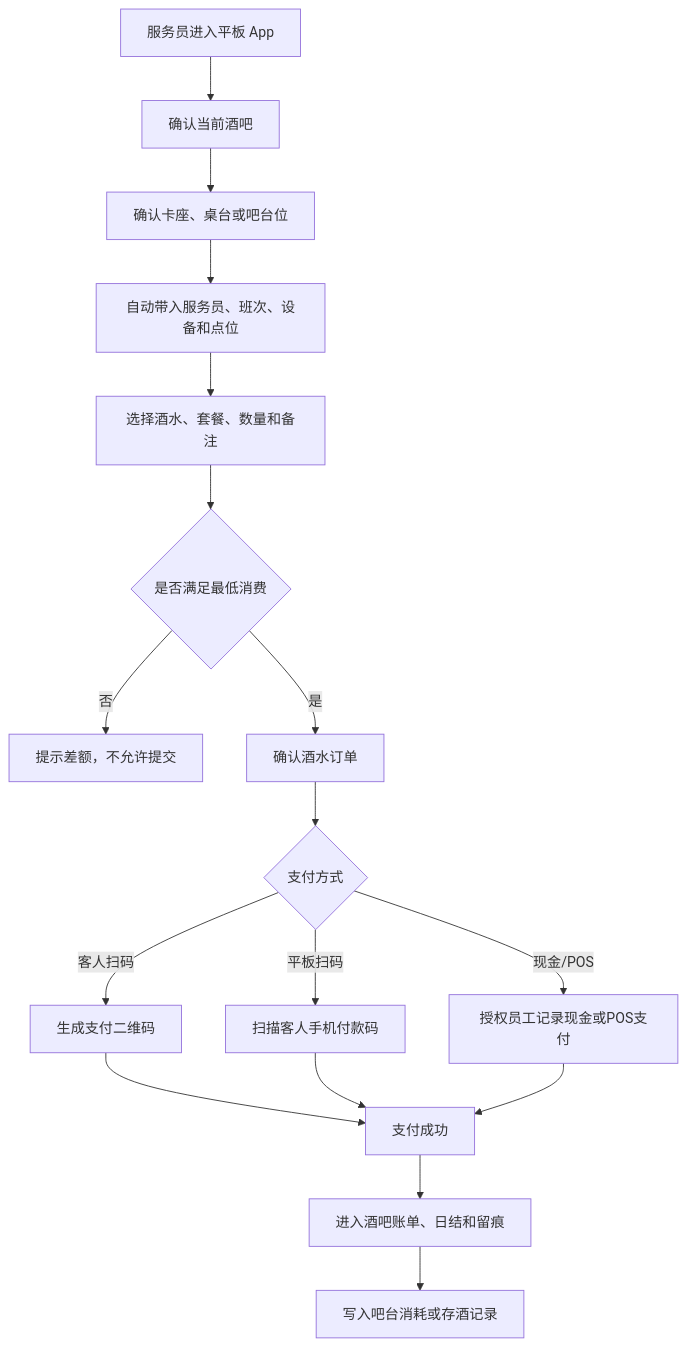
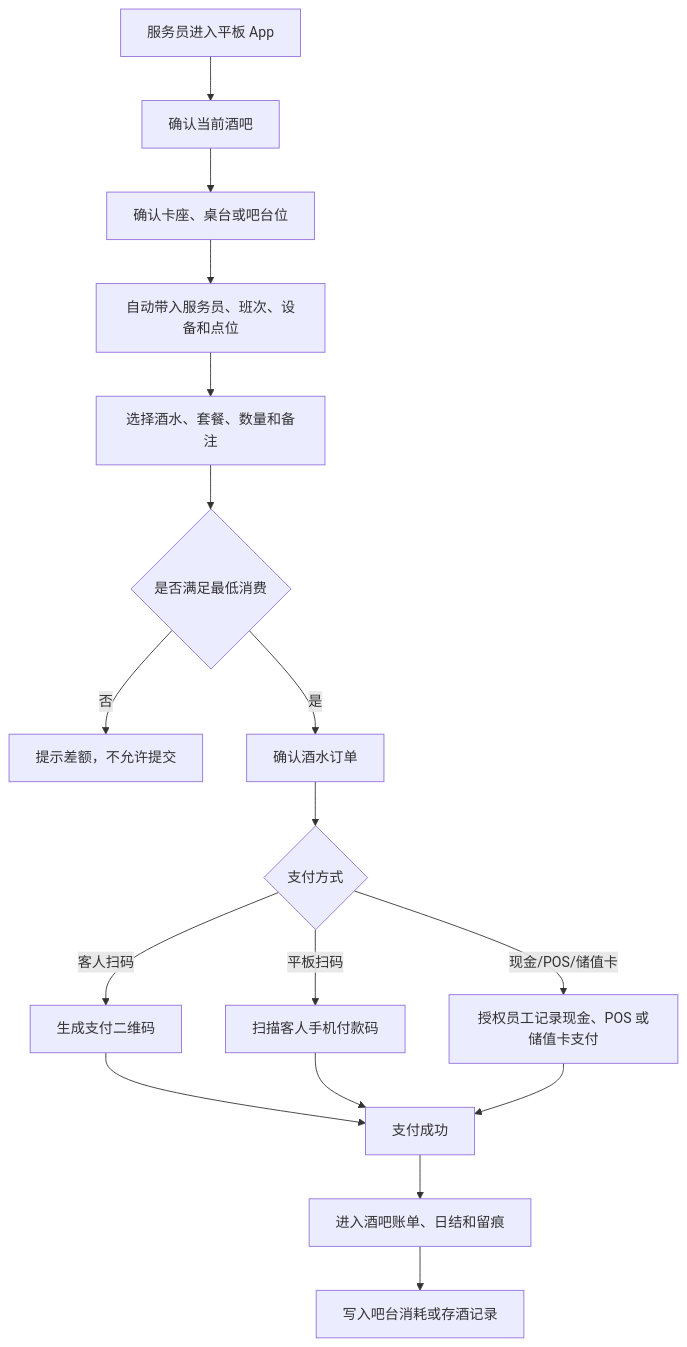
The fourth of 6 diagrams in docs/bar-business-operations-product-prd-v0.1.md (jxh1979/mall), drawn with Mermaid before and after one commit. The commit also changed other lines of this file and 16 other files, not shown here.

````diff
--- a/docs/bar-business-operations-product-prd-v0.1.md
+++ b/docs/bar-business-operations-product-prd-v0.1.md
@@ -275,19 +339,19 @@
 ```mermaid
 flowchart TD
   A["服务员进入平板 App"] --> B["确认当前酒吧"]
   B --> C["确认卡座、桌台或吧台位"]
   C --> C1["自动带入服务员、班次、设备和点位"]
   C1 --> D["选择酒水、套餐、数量和备注"]
   D --> E{"是否满足最低消费"}
   E -- 否 --> F["提示差额，不允许提交"]
   E -- 是 --> G["确认酒水订单"]
   G --> H{"支付方式"}
   H -- 客人扫码 --> I["生成支付二维码"]
   H -- 平板扫码 --> J["扫描客人手机付款码"]
-  H -- 现金/POS --> J1["授权员工记录现金或POS支付"]
+  H -- 现金/POS/储值卡 --> J1["授权员工记录现金、POS 或储值卡支付"]
   I --> K["支付成功"]
   J --> K
   J1 --> K
   K --> L["进入酒吧账单、日结和留痕"]
   L --> M["写入吧台消耗或存酒记录"]
 ```
````
